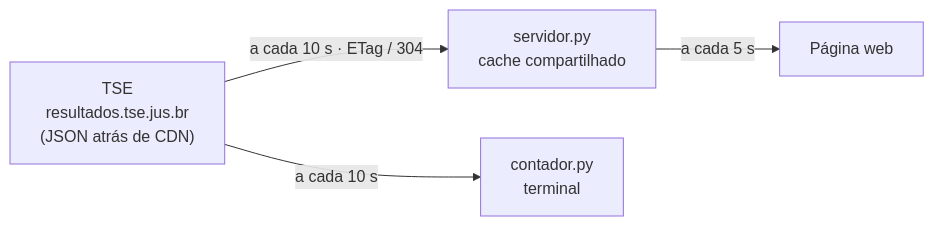
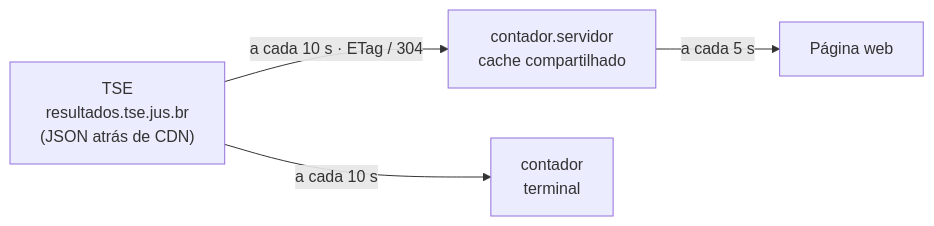
One commit to leonardoopa/vote_count changed the diagram in README.md. Above: the diagram before and after it, drawn with Mermaid. The commit also changed other lines of this file and 11 other files, not shown here.

````diff
--- a/README.md
+++ b/README.md
@@ -114,10 +115,10 @@
 ```mermaid
 flowchart LR
     TSE["TSE<br/>resultados.tse.jus.br<br/>(JSON atrás de CDN)"]
-    SRV["servidor.py<br/>cache compartilhado"]
+    SRV["contador.servidor<br/>cache compartilhado"]
     WEB["Página web"]
-    CLI["contador.py<br/>terminal"]
+    CLI["contador<br/>terminal"]
     TSE -- "a cada 10 s · ETag / 304" --> SRV
     SRV -- "a cada 5 s" --> WEB
     TSE -- "a cada 10 s" --> CLI
 ```
````
